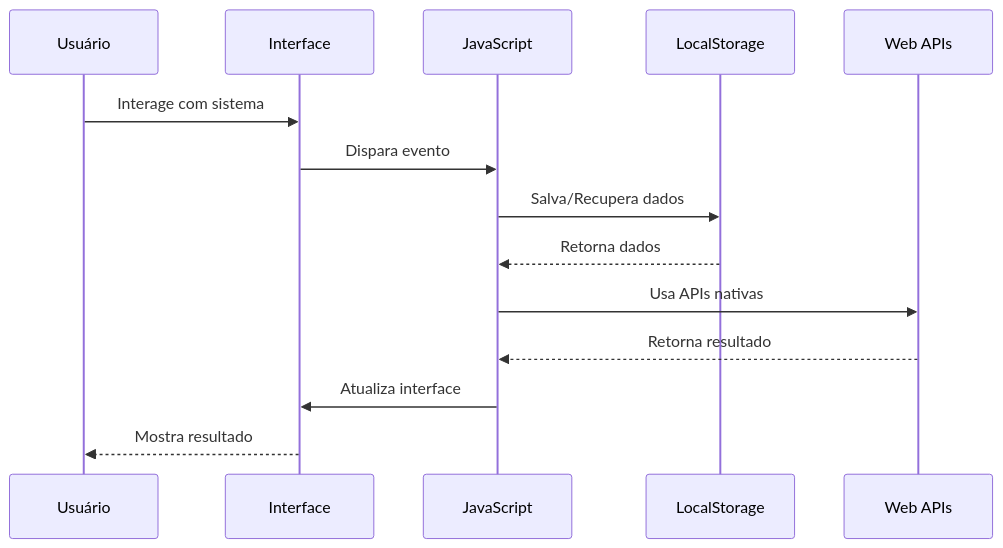
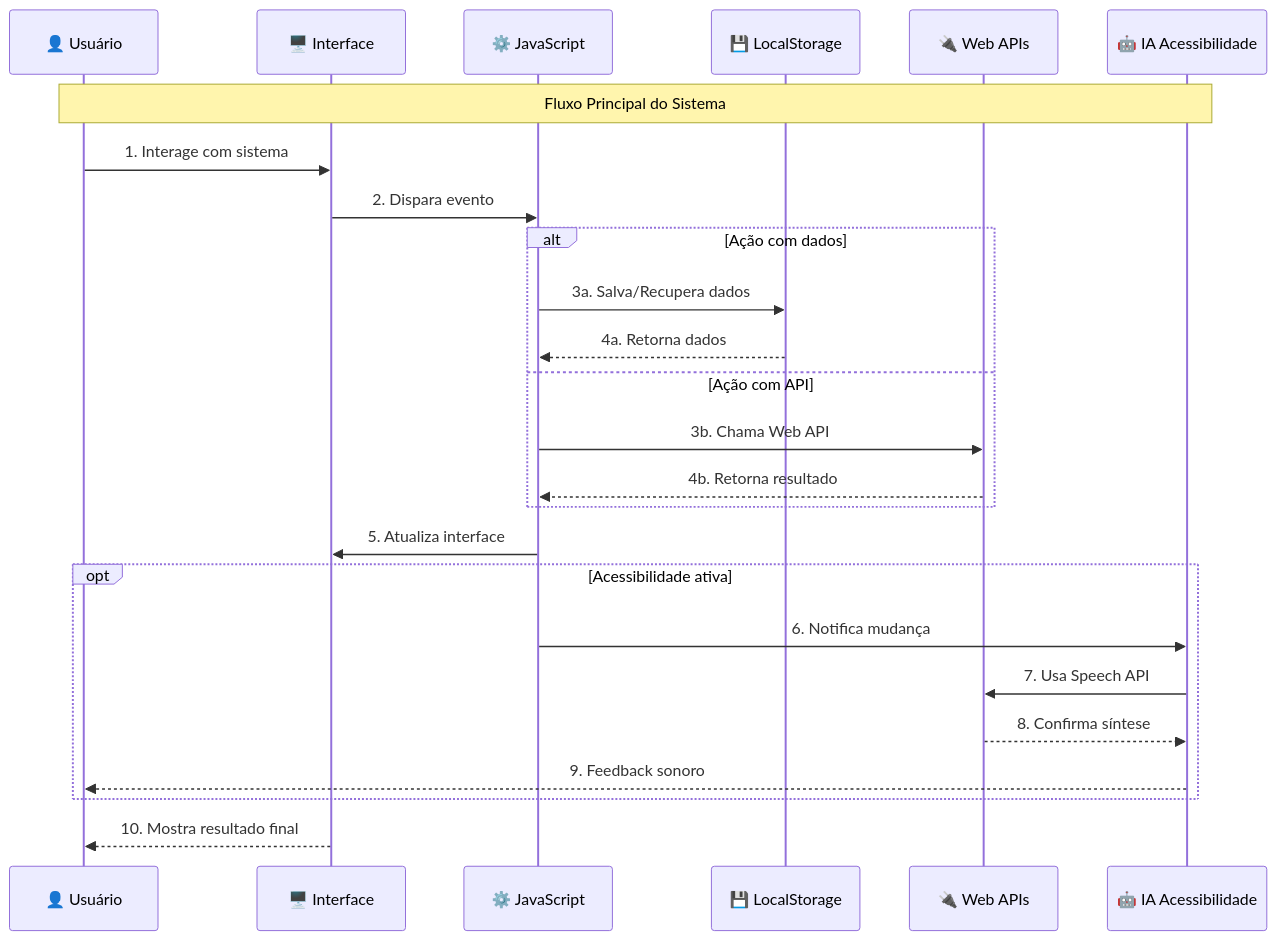
Before and after one commit to Ana-macos/medcontrol-personal-: the fourth of 4 diagrams in ARCHITECTURE.md, drawn with Mermaid. The commit also changed other lines of this file, not shown here.

Commit message:
🎨 Diagrama de Arquitetura Melhorado - Versão Visual Aprimorada

````diff
--- a/ARCHITECTURE.md
+++ b/ARCHITECTURE.md
@@ -156,17 +228,33 @@
 ```mermaid
 sequenceDiagram
-    participant U as Usuário
-    participant UI as Interface
-    participant JS as JavaScript
-    participant LS as LocalStorage
-    participant API as Web APIs
+    participant U as 👤 Usuário
+    participant UI as 🖥️ Interface
+    participant JS as ⚙️ JavaScript
+    participant LS as 💾 LocalStorage
+    participant API as 🔌 Web APIs
+    participant AI as 🤖 IA Acessibilidade
 
-    U->>UI: Interage com sistema
-    UI->>JS: Dispara evento
-    JS->>LS: Salva/Recupera dados
-    LS-->>JS: Retorna dados
-    JS->>API: Usa APIs nativas
-    API-->>JS: Retorna resultado
-    JS->>UI: Atualiza interface
-    UI-->>U: Mostra resultado
+    Note over U,AI: Fluxo Principal do Sistema
+    
+    U->>UI: 1. Interage com sistema
+    UI->>JS: 2. Dispara evento
+    
+    alt Ação com dados
+        JS->>LS: 3a. Salva/Recupera dados
+        LS-->>JS: 4a. Retorna dados
+    else Ação com API
+        JS->>API: 3b. Chama Web API
+        API-->>JS: 4b. Retorna resultado
+    end
+    
+    JS->>UI: 5. Atualiza interface
+    
+    opt Acessibilidade ativa
+        JS->>AI: 6. Notifica mudança
+        AI->>API: 7. Usa Speech API
+        API-->>AI: 8. Confirma síntese
+        AI-->>U: 9. Feedback sonoro
+    end
+    
+    UI-->>U: 10. Mostra resultado final
 ```
````
